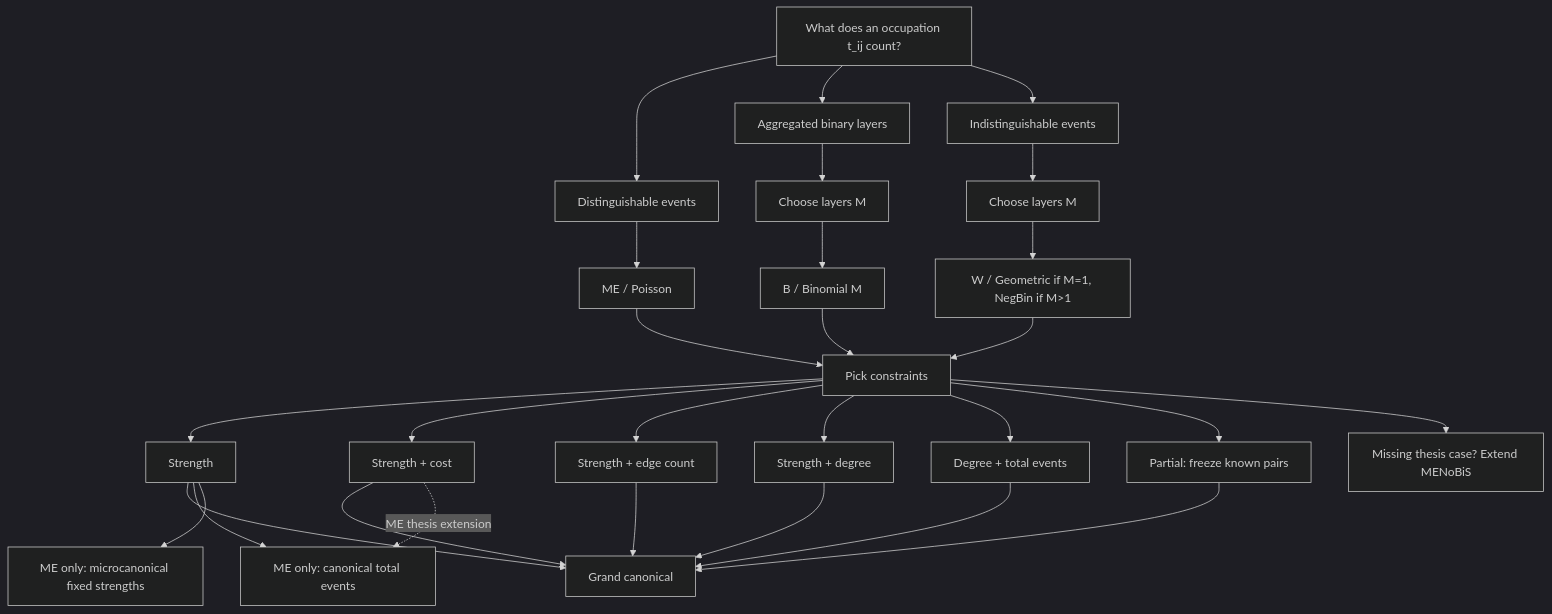
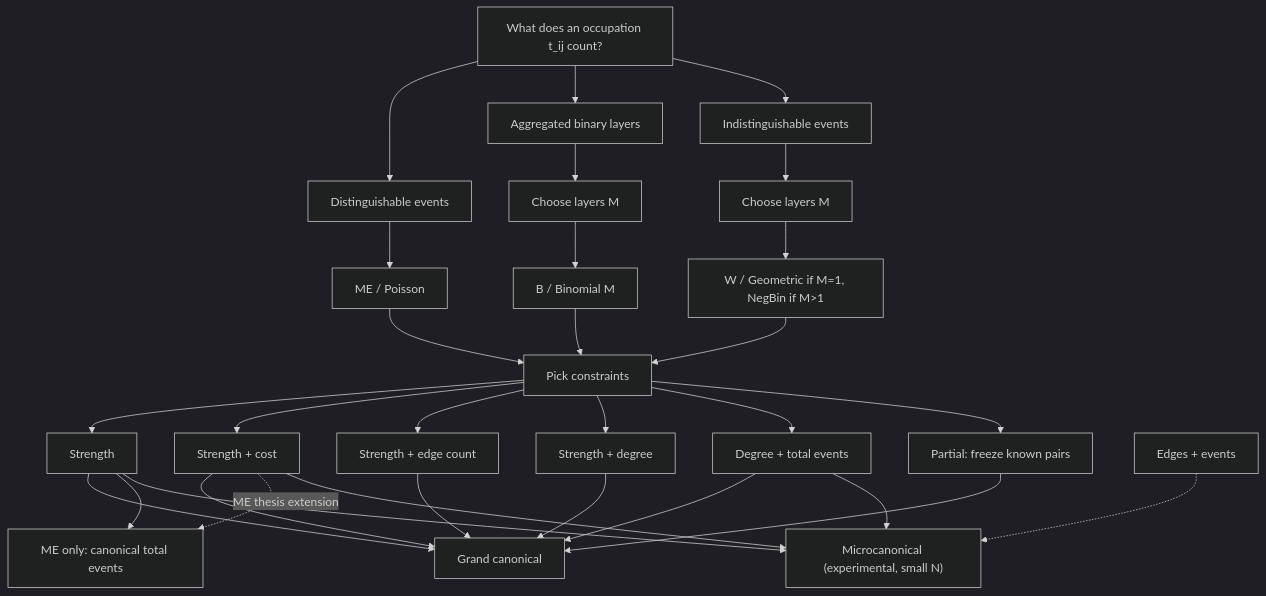
The diagram in docs/concepts/choose-null-model.md (uladribia/menobis), drawn with Mermaid (dark theme) before and after one commit. The commit also changed other lines of this file and 7 other files, not shown here.

````diff
--- a/docs/concepts/choose-null-model.md
+++ b/docs/concepts/choose-null-model.md
@@ -19,30 +19,32 @@
 ```mermaid
 flowchart TD
   A[What does an occupation t_ij count?] --> B[Distinguishable events]
   A --> C[Aggregated binary layers]
   A --> D[Indistinguishable events]
   B --> ME[ME / Poisson]
   C --> BLayers[Choose layers M]
   BLayers --> BFam[B / Binomial M]
   D --> WLayers[Choose layers M]
   WLayers --> WFam[W / Geometric if M=1, NegBin if M>1]
   ME --> E[Pick constraints]
   BFam --> E
   WFam --> E
   E --> S[Strength]
   E --> SC[Strength + cost]
   E --> SE[Strength + edge count]
   E --> SD[Strength + degree]
   E --> DE[Degree + total events]
   E --> PC[Partial: freeze known pairs]
   S --> G[Grand canonical]
   SC --> G
   SE --> G
   SD --> G
   DE --> G
   PC --> G
   S --> CME[ME only: canonical total events]
   SC -. ME thesis extension .-> CME
-  S --> MME[ME only: microcanonical fixed strengths]
-  E --> X[Missing thesis case? Extend MENoBiS]
+  S --> MMC["Microcanonical (experimental, small N)"]
+  SC --> MMC
+  DE --> MMC
+  EEMC["Edges + events"] -.-> MMC
 ```
````
